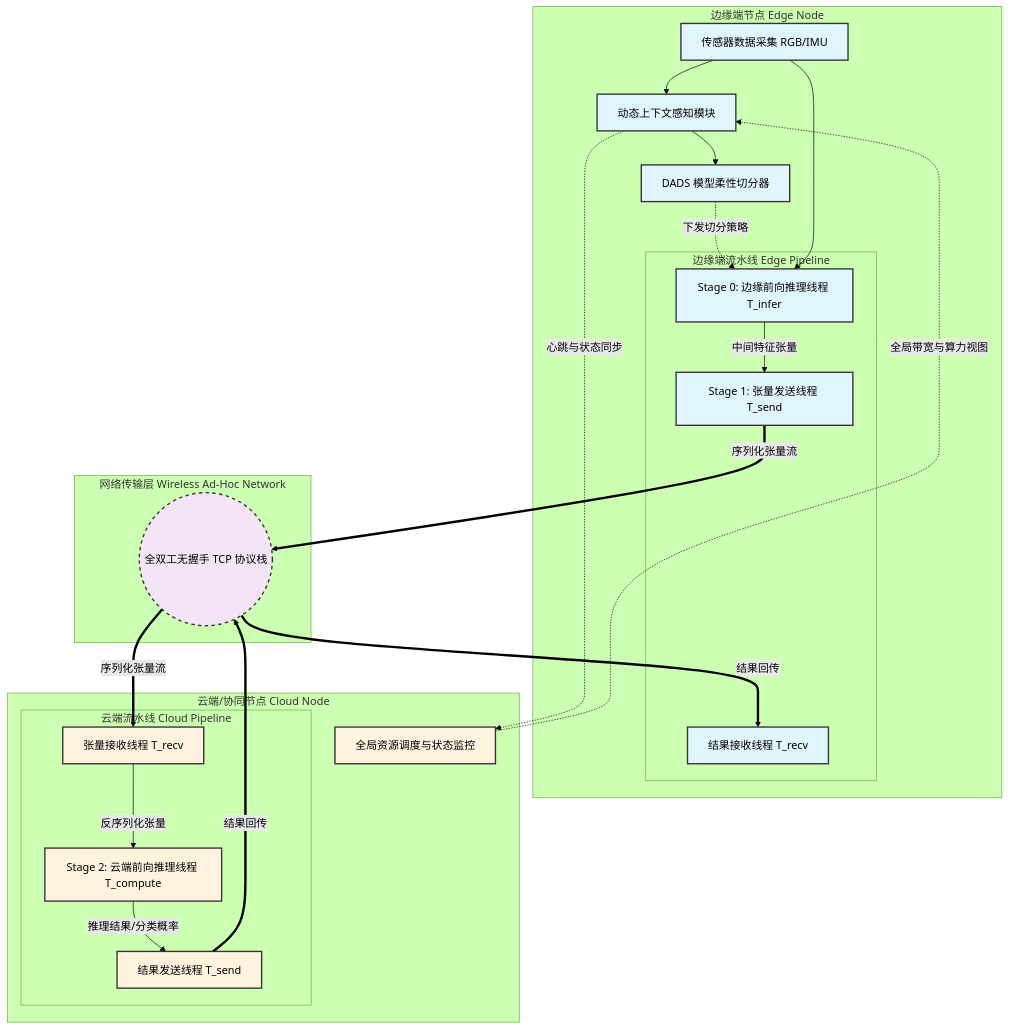
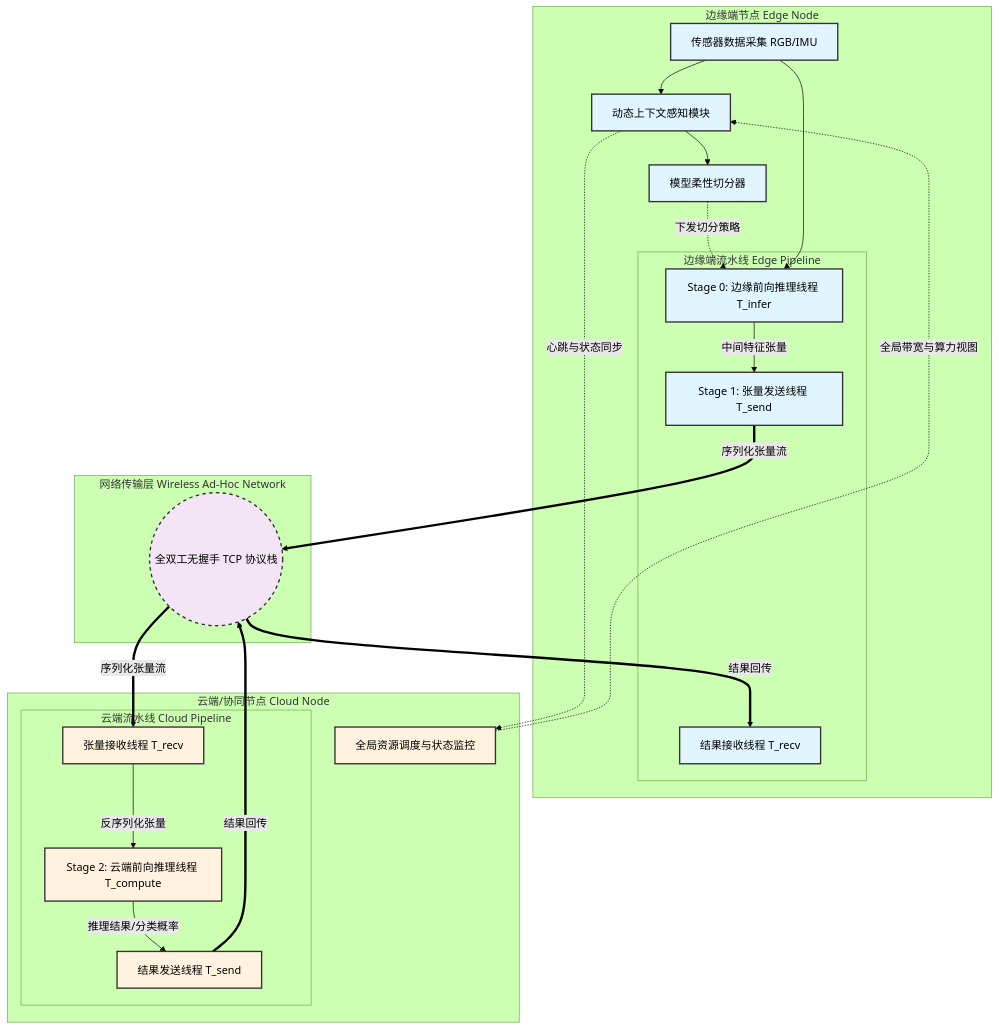
The diagram in all/AI-1.md (intmain-yy/iodraw-files), drawn with Mermaid (forest theme) before and after one commit.

Commit message:
2026-02-27 16:35:50 update

````diff
--- a/all/AI-1.md
+++ b/all/AI-1.md
@@ -1,49 +1,49 @@
 ```mermaid
 graph TD
     subgraph "边缘端节点 Edge Node"
         A1["传感器数据采集 RGB/IMU"] --> A2[动态上下文感知模块]
-        A2 --> A3[DADS 模型柔性切分器]
+        A2 --> A3[模型柔性切分器]
         
         subgraph "边缘端流水线 Edge Pipeline"
             A4[Stage 0: 边缘前向推理线程 T_infer]
             A5[Stage 1: 张量发送线程 T_send]
             A6[结果接收线程 T_recv]
         end
         
         A3 -.->|下发切分策略| A4
         A1 --> A4
         A4 -->|中间特征张量| A5
     end
 
     subgraph "网络传输层 Wireless Ad-Hoc Network"
         N1(("全双工无握手 TCP 协议栈"))
     end
 
     subgraph "云端/协同节点 Cloud Node"
         subgraph "云端流水线 Cloud Pipeline"
             C1[张量接收线程 T_recv]
             C2[Stage 2: 云端前向推理线程 T_compute]
             C3[结果发送线程 T_send]
         end
         
         C4[全局资源调度与状态监控]
     end
 
     A5 ==>|序列化张量流| N1
     N1 ==>|序列化张量流| C1
     C1 -->|反序列化张量| C2
     C2 -->|"推理结果/分类概率"| C3
     C3 ==>|结果回传| N1
     N1 ==>|结果回传| A6
     
     A2 -.->|心跳与状态同步| C4
     C4 -.->|全局带宽与算力视图| A2
 
     classDef edge fill:#e1f5fe,stroke:#333,stroke-width:2px;
     classDef cloud fill:#fff3e0,stroke:#333,stroke-width:2px;
     classDef net fill:#f3e5f5,stroke:#333,stroke-width:2px,stroke-dasharray: 5 5;
     
     class A1,A2,A3,A4,A5,A6 edge;
     class C1,C2,C3,C4 cloud;
     class N1 net;
 ```
````
